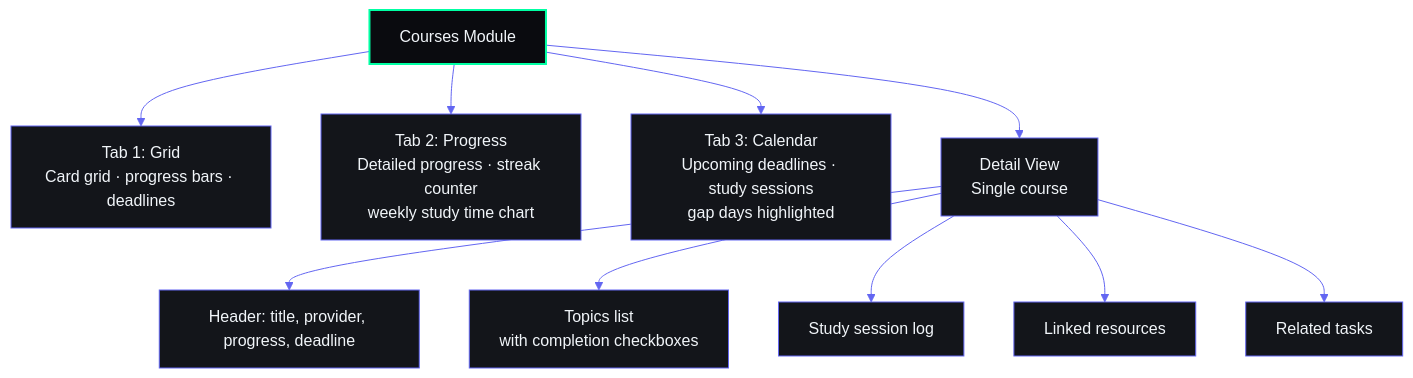
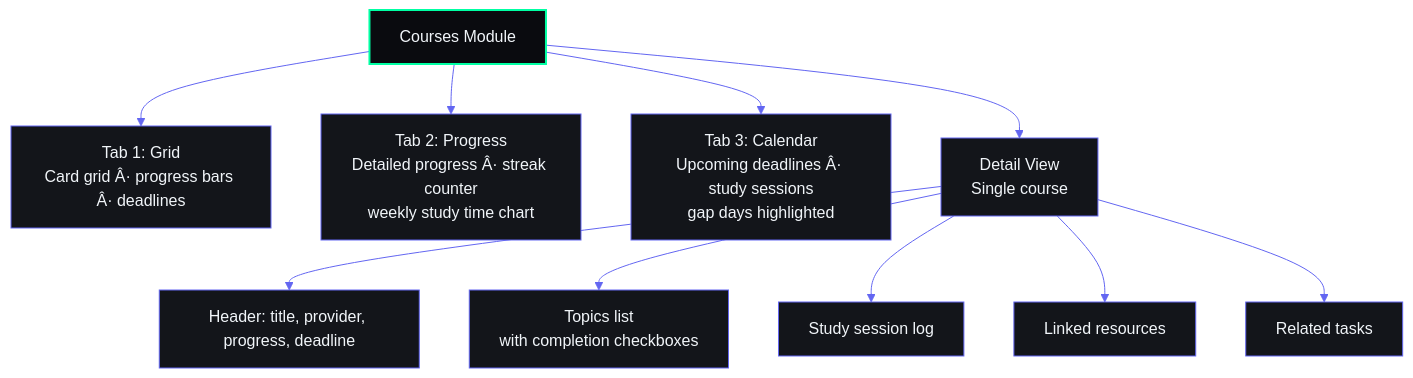
Diagram 20 of 35 in docs/design/InformationArchitecture.md (rohitkumarnaidu/ARIA-OS---SecondBrain-), drawn with Mermaid before and after one commit. The commit also changed other lines of this file and 9 other files, not shown here.

````diff
--- a/docs/design/InformationArchitecture.md
+++ b/docs/design/InformationArchitecture.md
@@ -1638,14 +1638,14 @@
 ```mermaid
 %%{init: {'theme': 'base', 'themeVariables': {'background': '#0A0B0F', 'primaryColor': '#13151A', 'primaryBorderColor': '#6366F1', 'primaryTextColor': '#F1F5F9', 'lineColor': '#6366F1', 'secondaryColor': '#1A1D24', 'tertiaryColor': '#0A0B0F', 'fontFamily': 'DM Sans'}}}%%
 graph TD
-    CM[Courses Module] --> T1[Tab 1: Grid<br/>Card grid · progress bars · deadlines]
-    CM --> T2[Tab 2: Progress<br/>Detailed progress · streak counter<br/>weekly study time chart]
-    CM --> T3[Tab 3: Calendar<br/>Upcoming deadlines · study sessions<br/>gap days highlighted]
+    CM[Courses Module] --> T1[Tab 1: Grid<br/>Card grid Â· progress bars Â· deadlines]
+    CM --> T2[Tab 2: Progress<br/>Detailed progress Â· streak counter<br/>weekly study time chart]
+    CM --> T3[Tab 3: Calendar<br/>Upcoming deadlines Â· study sessions<br/>gap days highlighted]
     CM --> DV[Detail View<br/>Single course]
     DV --> H[Header: title, provider, progress, deadline]
     DV --> TL[Topics list<br/>with completion checkboxes]
     DV --> SSL[Study session log]
     DV --> LR2[Linked resources]
     DV --> RT[Related tasks]
     style CM fill:#0A0B0F,stroke:#00FFA3,color:#F1F5F9,stroke-width:2px
 ```
````
